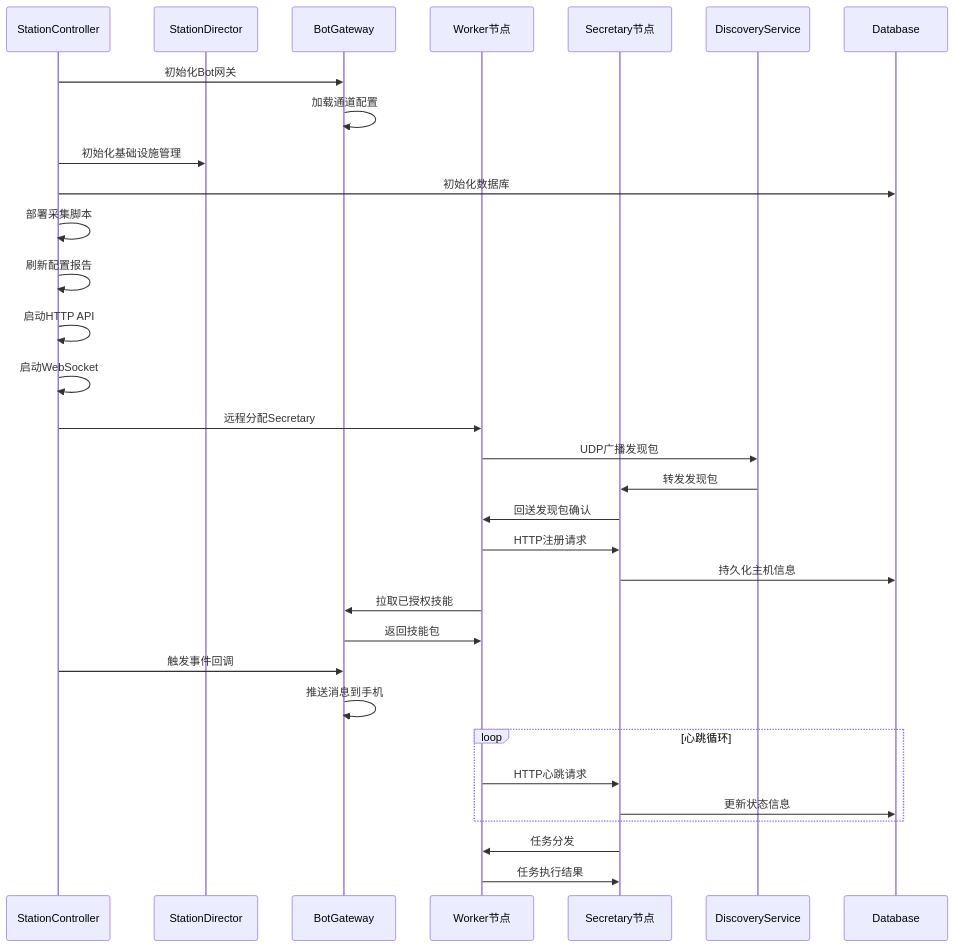
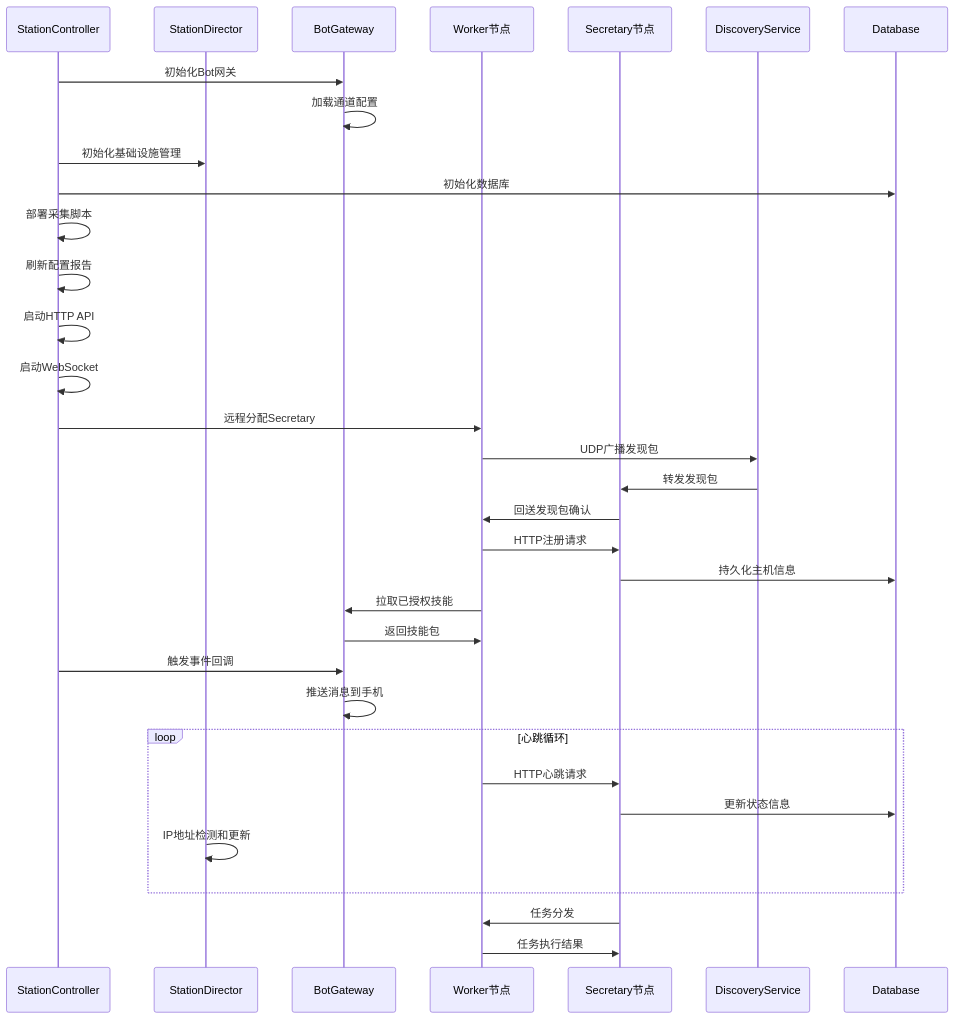
One commit to targalian/Personal-distributed-workstation changed the fourth of 19 diagrams in .qoder/repowiki/zh/content/核心模块/工作站管理模块.md. Above: the diagram before and after it, drawn with Mermaid. The commit also changed other lines of this file and 81 other files, not shown here.

````diff
--- a/.qoder/repowiki/zh/content/核心模块/工作站管理模块.md
+++ b/.qoder/repowiki/zh/content/核心模块/工作站管理模块.md
@@ -367,34 +375,35 @@
 ```mermaid
 sequenceDiagram
 participant SC as StationController
 participant SD as StationDirector
 participant BG as BotGateway
 participant W as Worker节点
 participant S as Secretary节点
 participant D as DiscoveryService
 participant DB as Database
 SC->>BG : 初始化Bot网关
 BG->>BG : 加载通道配置
 SC->>SD : 初始化基础设施管理
 SC->>DB : 初始化数据库
 SC->>SC : 部署采集脚本
 SC->>SC : 刷新配置报告
 SC->>SC : 启动HTTP API
 SC->>SC : 启动WebSocket
 SC->>W : 远程分配Secretary
 W->>D : UDP广播发现包
 D->>S : 转发发现包
 S->>W : 回送发现包确认
 W->>S : HTTP注册请求
 S->>DB : 持久化主机信息
 W->>BG : 拉取已授权技能
 BG->>W : 返回技能包
 SC->>BG : 触发事件回调
 BG->>BG : 推送消息到手机
 loop 心跳循环
 W->>S : HTTP心跳请求
 S->>DB : 更新状态信息
+SD->>SD : IP地址检测和更新
 end
 S->>W : 任务分发
 W->>S : 任务执行结果
 ```
````
